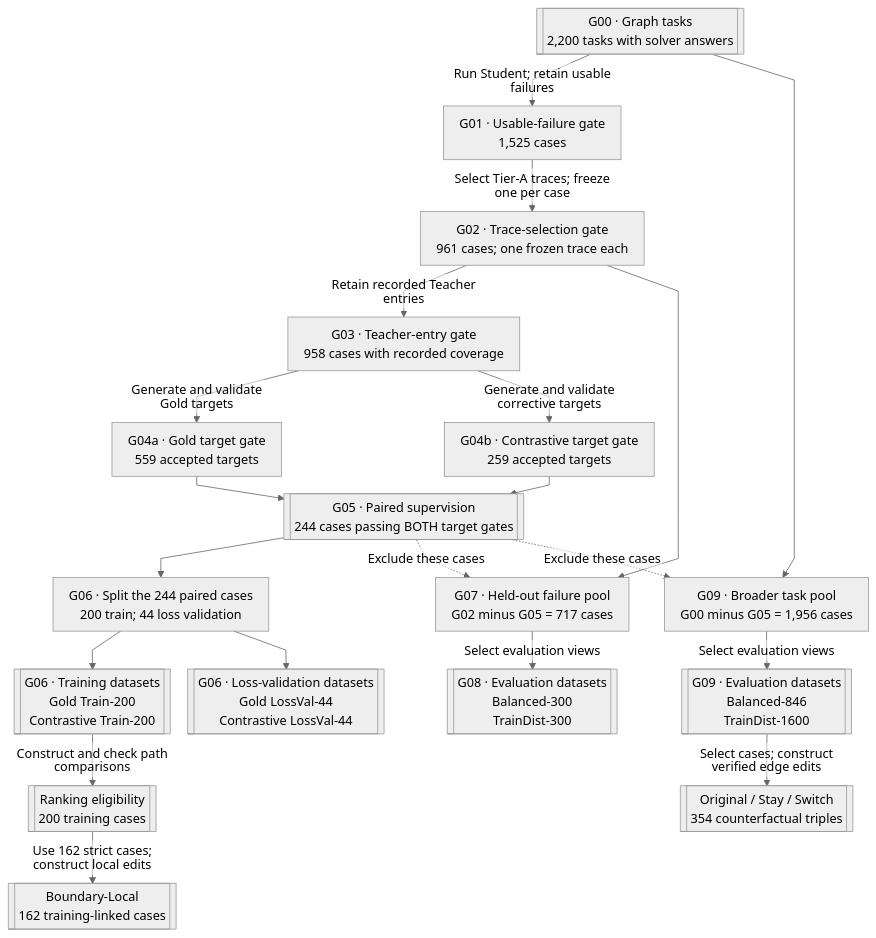
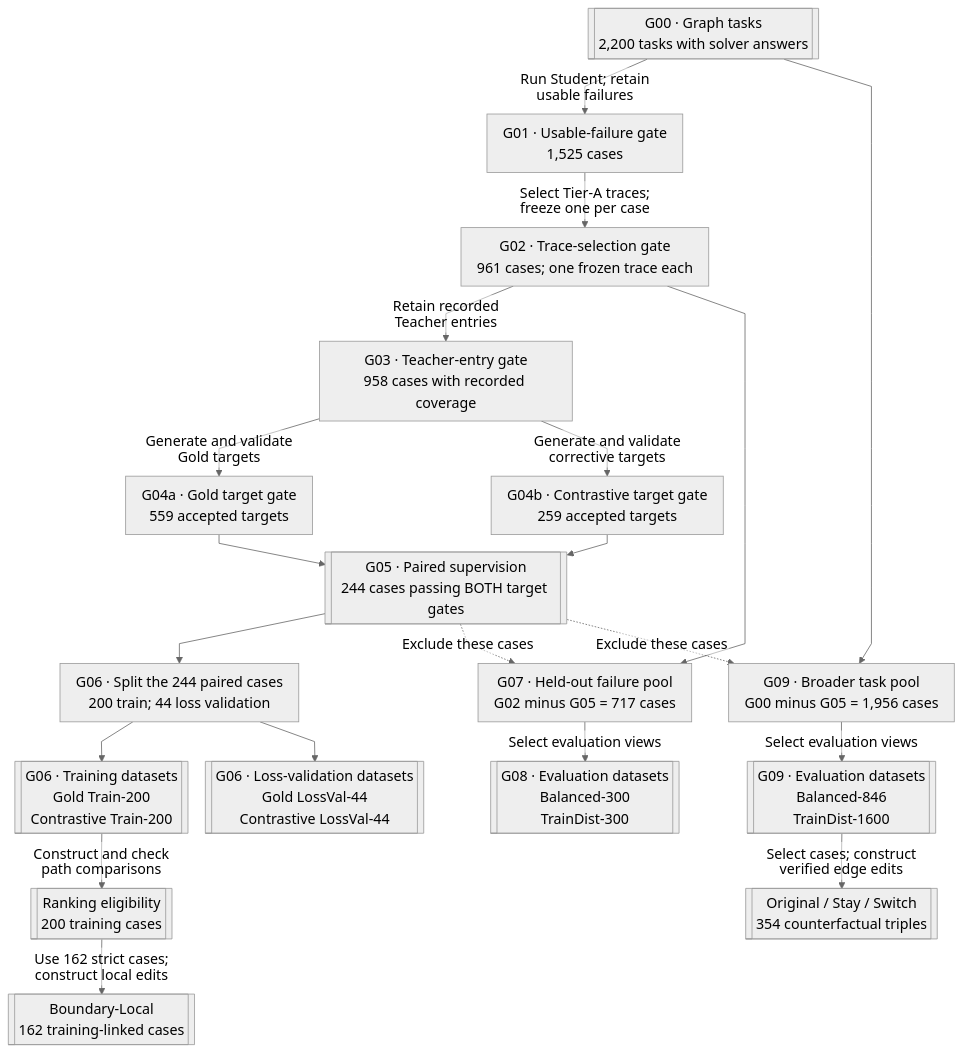
One commit to MinervaCyy/PathFACT changed the diagram in README.md. Above: the diagram before and after it, drawn with Mermaid.

Commit message:
Change font size to 18px in Mermaid diagram
Updated font size in Mermaid diagram configuration.

```diff
--- a/README.md
+++ b/README.md
@@ -16,7 +16,7 @@
 %%{init: {
   "theme": "neutral",
   "themeVariables": {
-    "fontSize": "16px"
+    "fontSize": "18px"
   },
   "flowchart": {
     "htmlLabels": false,
```
